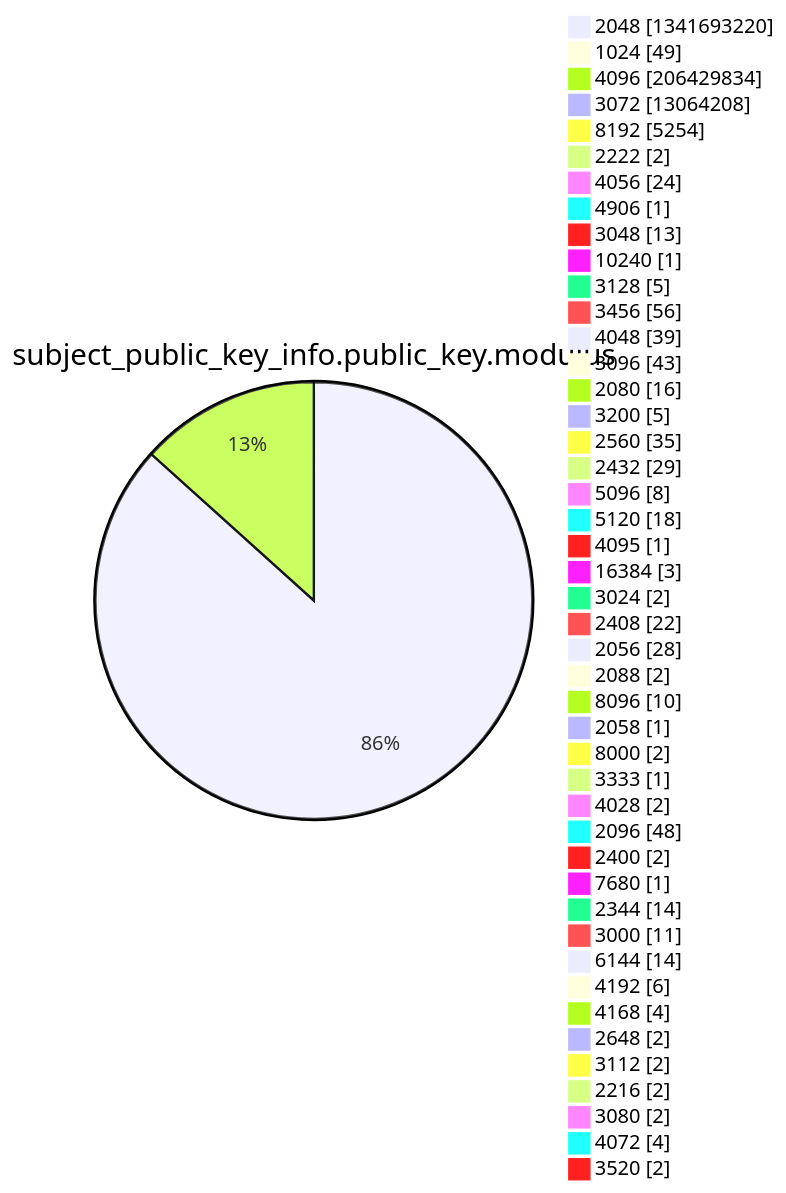
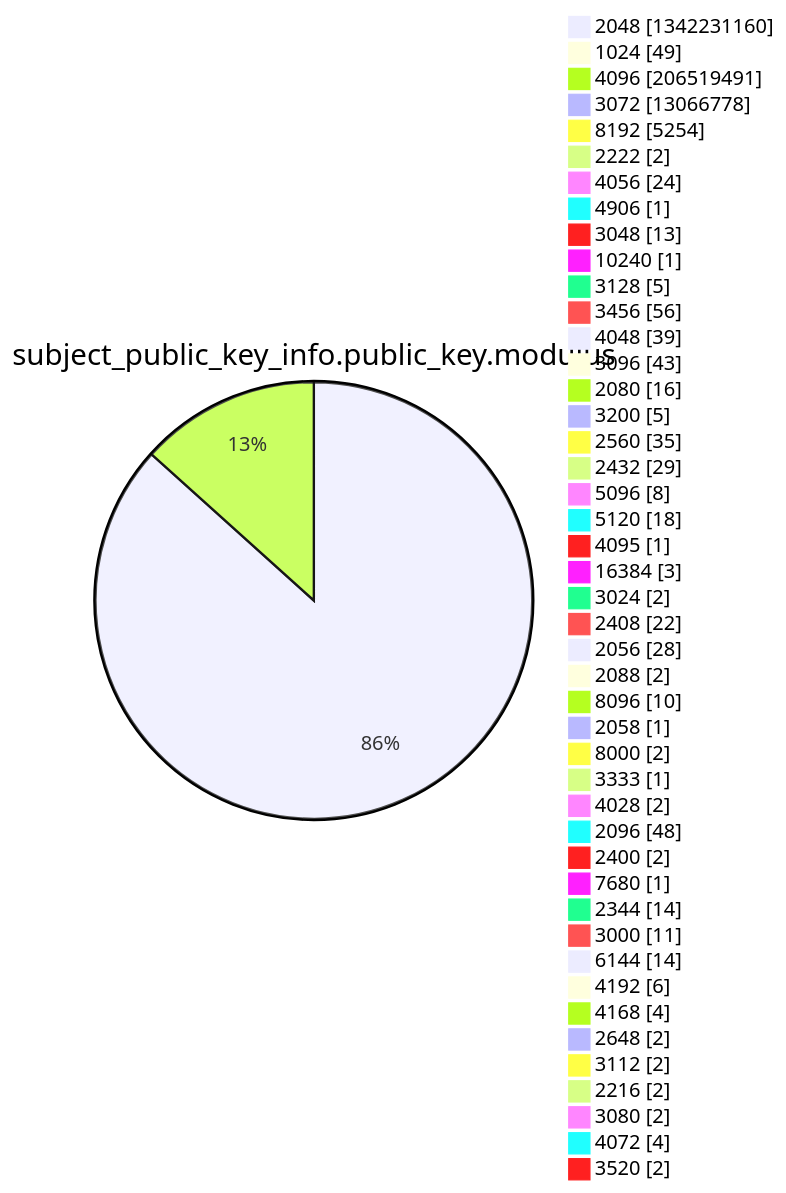
Before and after one commit to christiankrug/ctmonitor_visualization: diagram 13 of 15 in xenon2022/README.md, drawn with Mermaid. The commit also changed other lines of this file, not shown here.

````diff
--- a/xenon2022/README.md
+++ b/xenon2022/README.md
@@ -3927,49 +3927,49 @@
 ```mermaid
 pie showData
 title subject_public_key_info.public_key.modulus
-"2048" :1341693220
+"2048" :1342231160
 "1024" :49
-"4096" :206429834
-"3072" :13064208
+"4096" :206519491
+"3072" :13066778
 "8192" :5254
 "2222" :2
 "4056" :24
 "4906" :1
 "3048" :13
 "10240" :1
 "3128" :5
 "3456" :56
 "4048" :39
 "3096" :43
 "2080" :16
 "3200" :5
 "2560" :35
 "2432" :29
 "5096" :8
 "5120" :18
 "4095" :1
 "16384" :3
 "3024" :2
 "2408" :22
 "2056" :28
 "2088" :2
 "8096" :10
 "2058" :1
 "8000" :2
 "3333" :1
 "4028" :2
 "2096" :48
 "2400" :2
 "7680" :1
 "2344" :14
 "3000" :11
 "6144" :14
 "4192" :6
 "4168" :4
 "2648" :2
 "3112" :2
 "2216" :2
 "3080" :2
 "4072" :4
 "3520" :2
 ```
````
